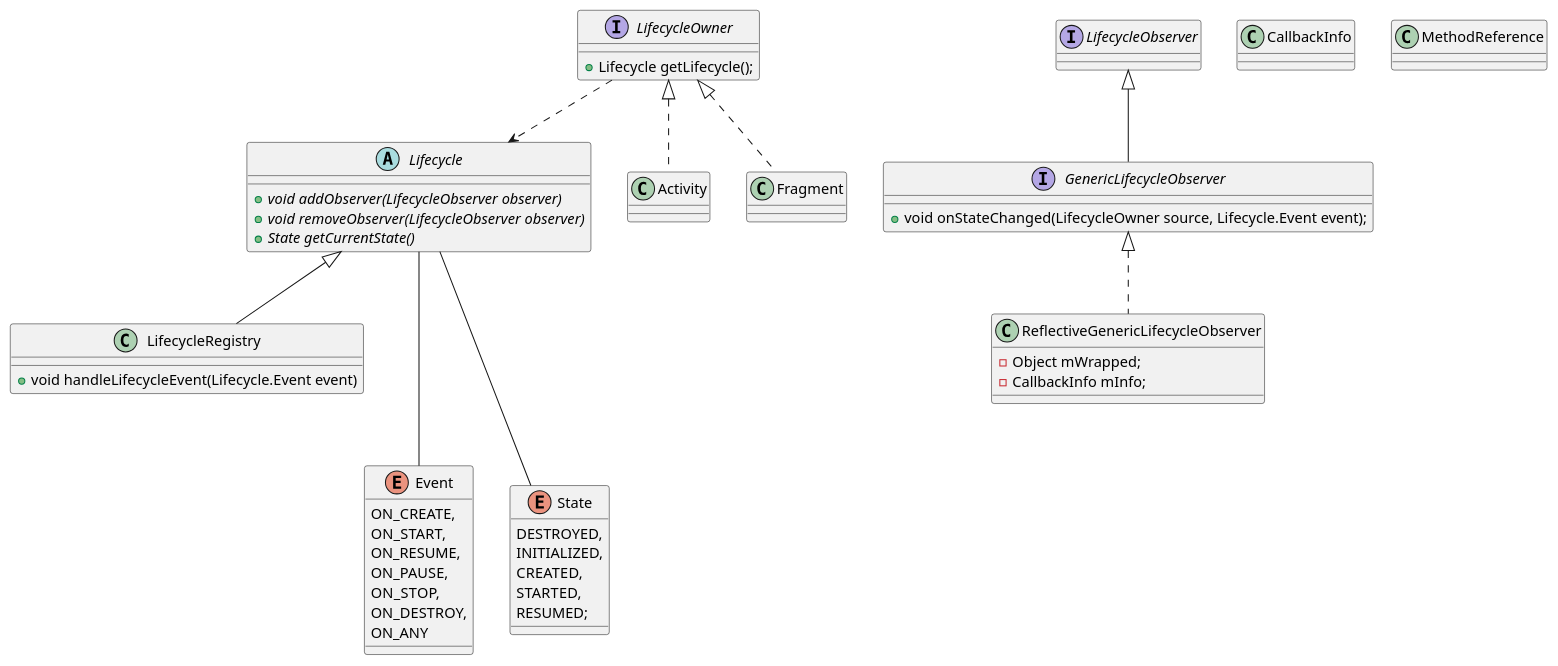
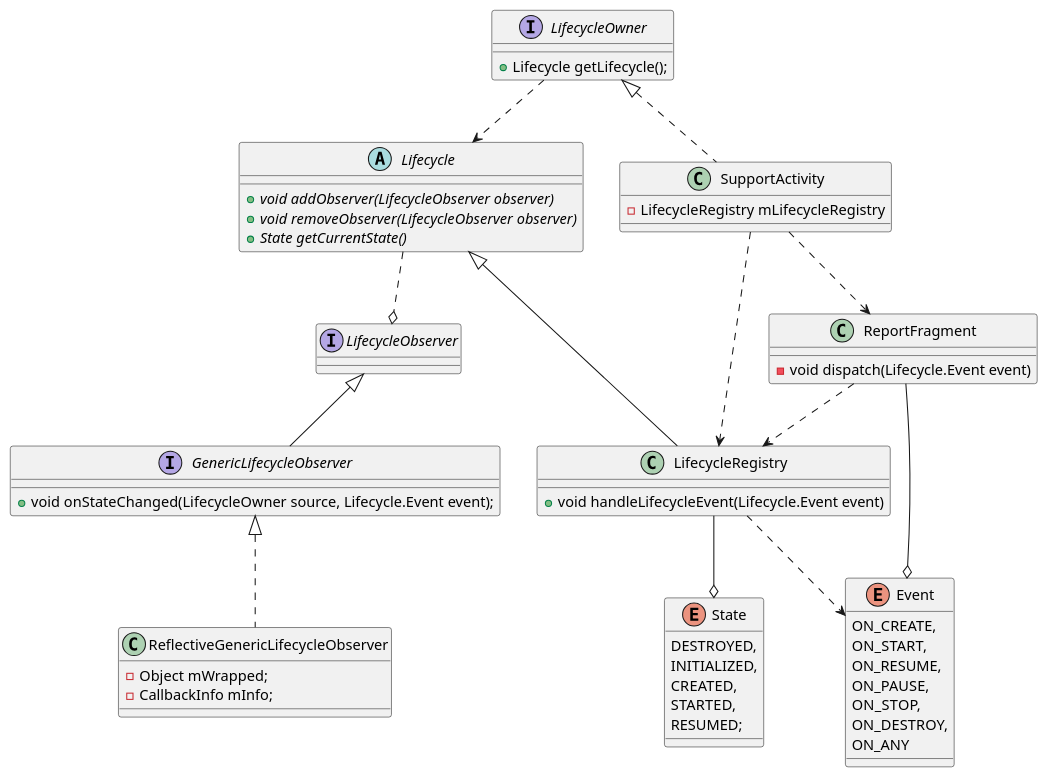
The diagram in android-lifecycle.puml (stefanJi/JYUmls), drawn with PlantUML before and after one commit.

Commit message:
update lifecycle

```diff
--- a/android-lifecycle.puml
+++ b/android-lifecycle.puml
@@ -1,58 +1,66 @@
 @startuml
 
 interface LifecycleOwner{
 + Lifecycle getLifecycle();
 }
 
 abstract class Lifecycle {
 + {abstract} void addObserver(LifecycleObserver observer)
 + {abstract} void removeObserver(LifecycleObserver observer)
 + {abstract} State getCurrentState()
 }
 
 class LifecycleRegistry extends Lifecycle{
 + void handleLifecycleEvent(Lifecycle.Event event)
 }
 
 enum Event {
     ON_CREATE,
     ON_START,
     ON_RESUME,
     ON_PAUSE,
     ON_STOP,
     ON_DESTROY,
     ON_ANY
 }
 
 enum State {
     DESTROYED,
     INITIALIZED,
     CREATED,
     STARTED,
     RESUMED;
 }
 
 interface LifecycleObserver
 
 interface GenericLifecycleObserver extends LifecycleObserver {
 + void onStateChanged(LifecycleOwner source, Lifecycle.Event event);
 }
 
 class ReflectiveGenericLifecycleObserver implements GenericLifecycleObserver {
 - Object mWrapped;
 - CallbackInfo mInfo;
 }
 
 'LifecycleOwner 依赖 Lifecycle
 LifecycleOwner ..> Lifecycle
 
-class Activity implements LifecycleOwner
-class Fragment implements LifecycleOwner
+class SupportActivity implements LifecycleOwner{
+- LifecycleRegistry mLifecycleRegistry
+}
 
-Lifecycle --- Event
-Lifecycle --- State
+Lifecycle ..o LifecycleObserver
 
-class CallbackInfo
+class ReportFragment{
+- void dispatch(Lifecycle.Event event)
+}
 
-class MethodReference
+SupportActivity ..> ReportFragment
+SupportActivity ..> LifecycleRegistry
+ReportFragment ..> LifecycleRegistry
+ReportFragment --o Event
+LifecycleRegistry ..> Event
+LifecycleRegistry --o State
+
 @enduml
```
